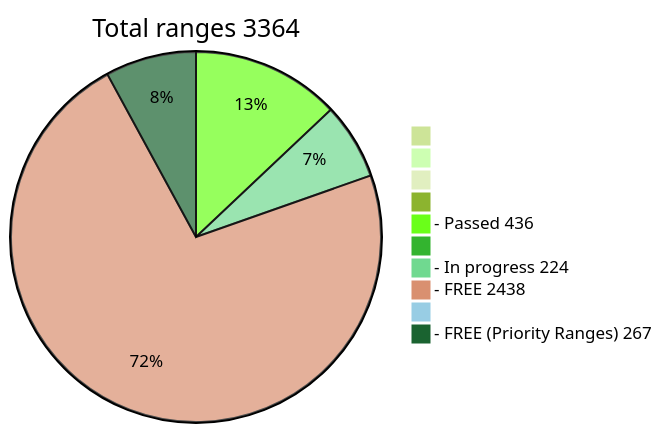
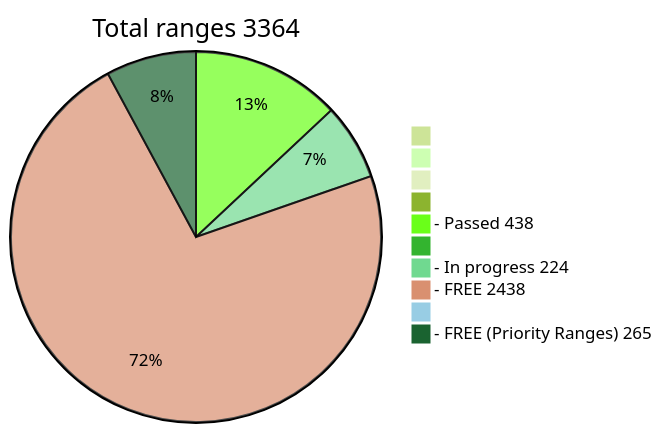
The diagram in README.md (phrutis/wif500), drawn with Mermaid (forest theme) before and after one commit.

````diff
--- a/README.md
+++ b/README.md
@@ -16,13 +16,13 @@
 ```mermaid
 pie title Total ranges 3364
              " " : 0
             "  " : 0
            "   " : 0
           "    " : 0
-  "- Passed 436" : 436
+  "- Passed 438" : 438
          "     " : 0
   "- In progress 224" : 224
    "- FREE 2438" : 2438
         "      " : 0
-  "- FREE (Priority Ranges) 267" : 267
+  "- FREE (Priority Ranges) 265" : 265
 ```
````
